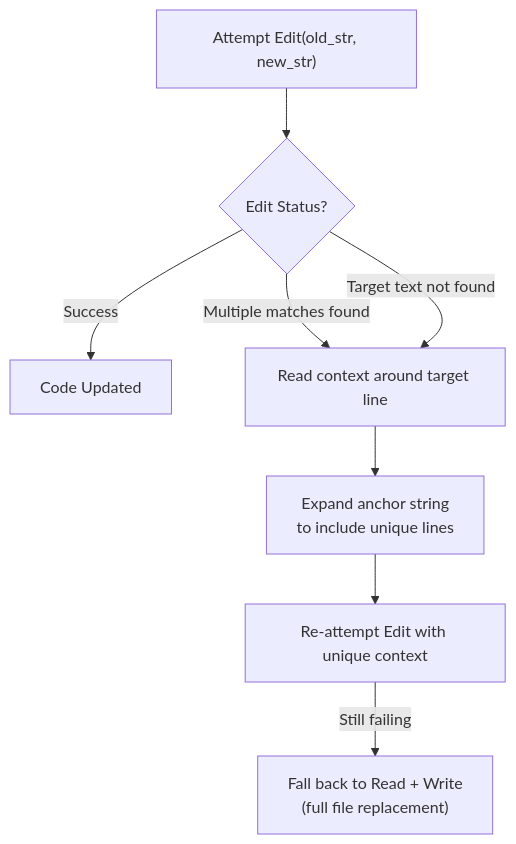
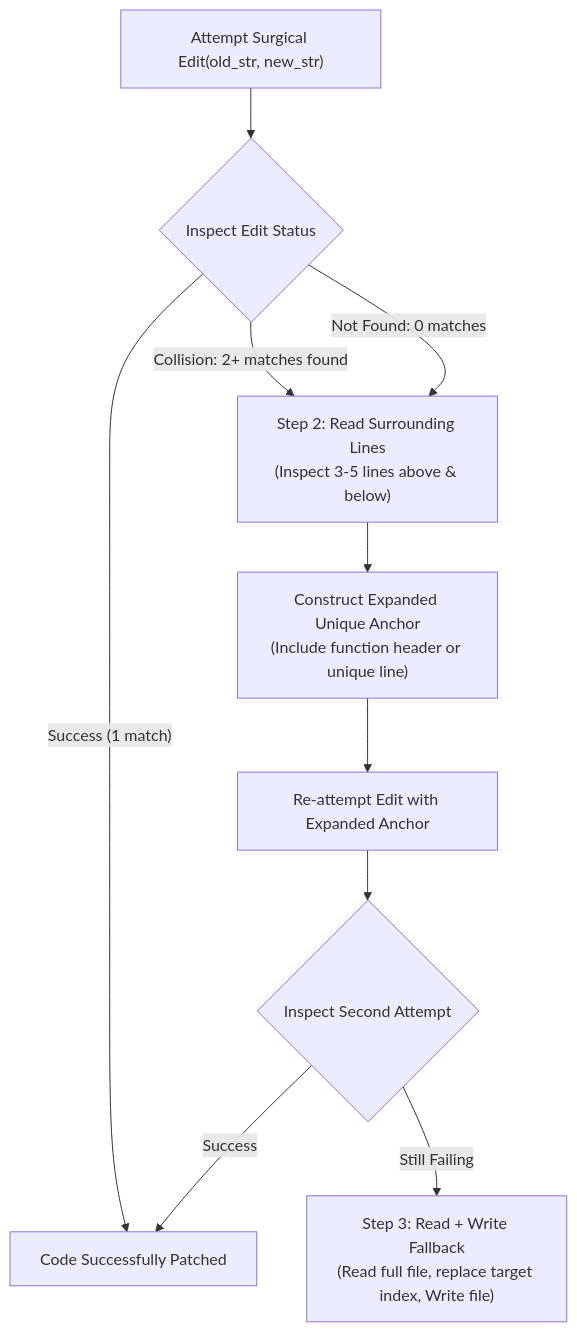
Before and after one commit to dip4k/claude_cert_architect_foundation_prep: the diagram in domain2/ts_2_5_builtin_tools_usage/README.md, drawn with Mermaid. The commit also changed other lines of this file and 59 other files, not shown here.

````diff
--- a/domain2/ts_2_5_builtin_tools_usage/README.md
+++ b/domain2/ts_2_5_builtin_tools_usage/README.md
@@ -24,10 +60,16 @@
 ```mermaid
 flowchart TD
-    A["Attempt Edit(old_str, new_str)"] --> B{"Edit Status?"}
-    B -->|"Success"| C["Code Updated"]
-    B -->|"Multiple matches found"| D["Read context around target line"]
-    B -->|"Target text not found"| D
-    D --> E["Expand anchor string<br>to include unique lines"]
-    E --> F["Re-attempt Edit with unique context"]
-    F -->|"Still failing"| G["Fall back to Read + Write<br>(full file replacement)"]
+    Start["Attempt Surgical Edit(old_str, new_str)"] --> CheckStatus{"Inspect Edit Status"}
+    
+    CheckStatus -->|"Success (1 match)"| Done["Code Successfully Patched"]
+    
+    CheckStatus -->|"Collision: 2+ matches found"| ReadContext["Step 2: Read Surrounding Lines<br>(Inspect 3-5 lines above & below)"]
+    CheckStatus -->|"Not Found: 0 matches"| ReadContext
+    
+    ReadContext --> ExpandAnchor["Construct Expanded Unique Anchor<br>(Include function header or unique line)"]
+    ExpandAnchor --> ReattemptEdit["Re-attempt Edit with Expanded Anchor"]
+    
+    ReattemptEdit --> CheckStatus2{"Inspect Second Attempt"}
+    CheckStatus2 -->|"Success"| Done
+    CheckStatus2 -->|"Still Failing"| FallbackWrite["Step 3: Read + Write Fallback<br>(Read full file, replace target index, Write file)"]
 ```
````
